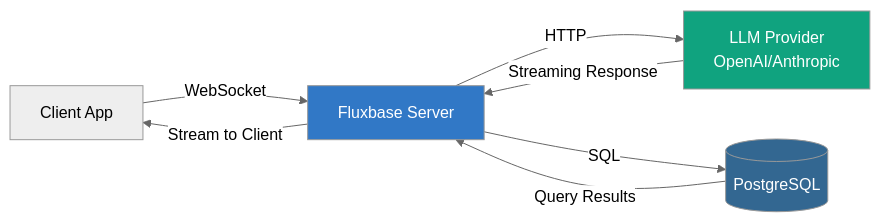
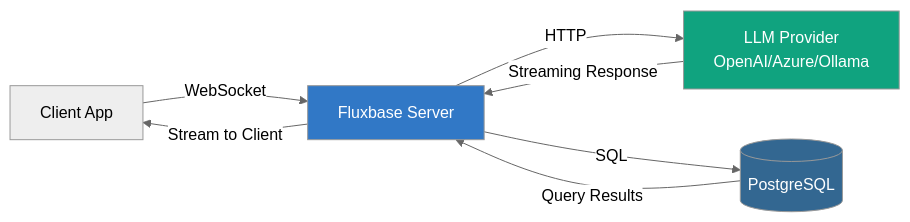
Before and after one commit to wayli-app/fluxbase: the diagram in docs/src/content/docs/guides/ai-chatbots.md, drawn with Mermaid (neutral theme). The commit also changed other lines of this file and 53 other files, not shown here.

````diff
--- a/docs/src/content/docs/guides/ai-chatbots.md
+++ b/docs/src/content/docs/guides/ai-chatbots.md
@@ -22,13 +22,13 @@
 ```mermaid
 graph LR
     A[Client App] -->|WebSocket| B[Fluxbase Server]
-    B -->|HTTP| C[LLM Provider<br/>OpenAI/Anthropic]
+    B -->|HTTP| C[LLM Provider<br/>OpenAI/Azure/Ollama]
     B -->|SQL| D[(PostgreSQL)]
     C -->|Streaming Response| B
     B -->|Stream to Client| A
     D -->|Query Results| B
 
     style B fill:#3178c6,color:#fff
     style C fill:#10a37f,color:#fff
     style D fill:#336791,color:#fff
 ```
````
